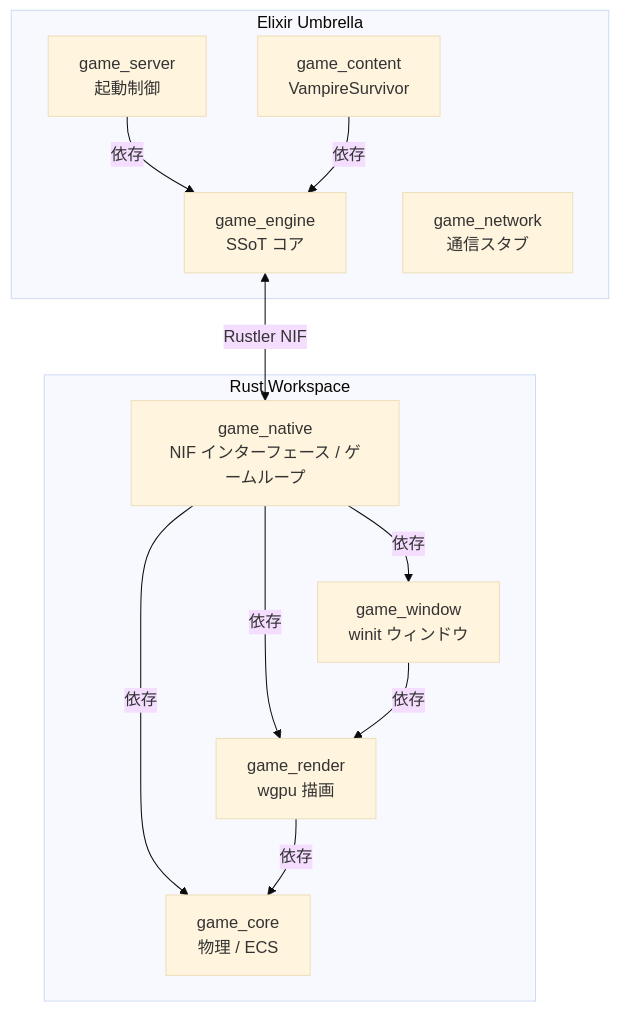
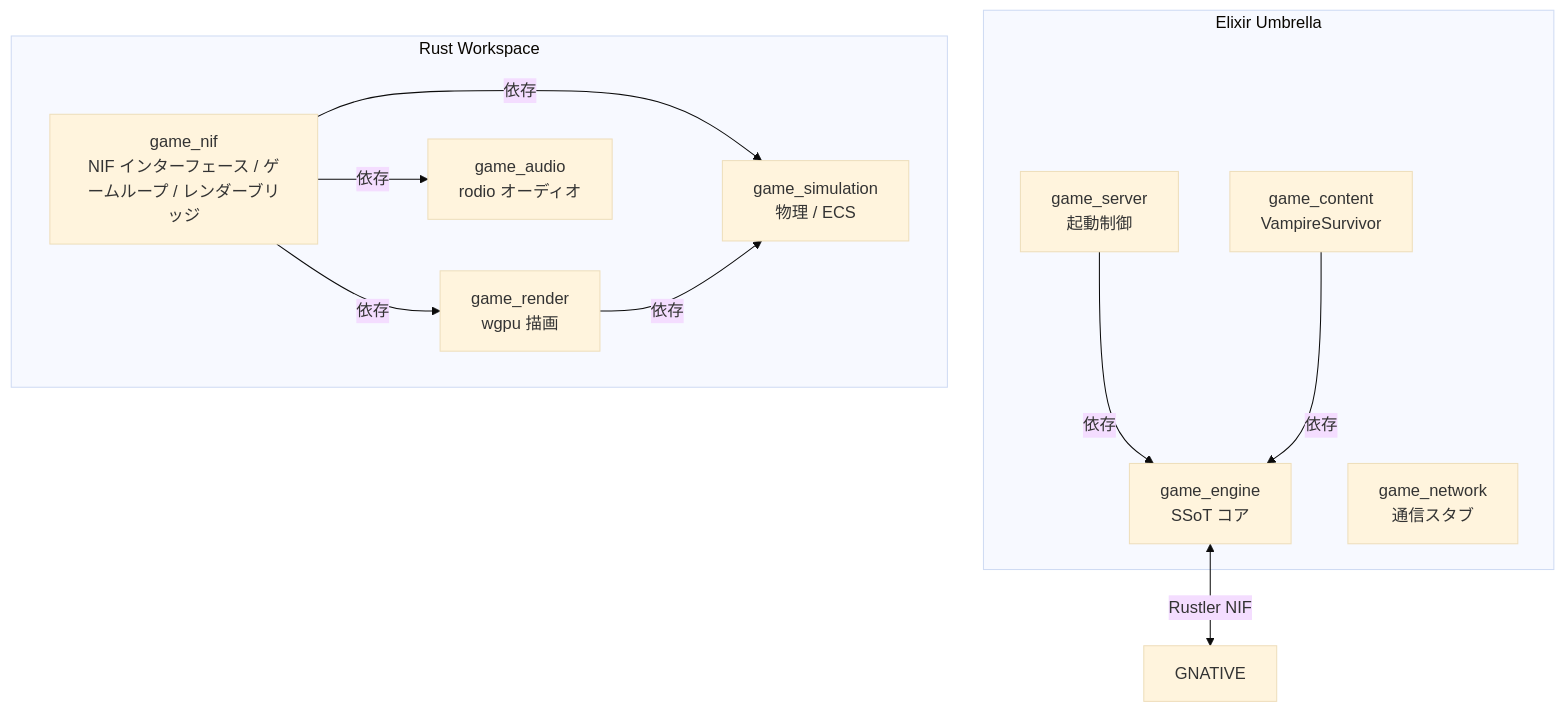
Before and after one commit to FRICK-ELDY/alchemy-engine: the first of 3 diagrams in docs/architecture-overview.md, drawn with Mermaid (base theme). The commit also changed other lines of this file and 3 other files, not shown here.

````diff
--- a/docs/architecture-overview.md
+++ b/docs/architecture-overview.md
@@ -14,25 +14,24 @@
 ```mermaid
 graph TB
     subgraph Elixir["Elixir Umbrella"]
         GS[game_server<br/>起動制御]
         GE[game_engine<br/>SSoT コア]
         GC[game_content<br/>VampireSurvivor]
         GN[game_network<br/>通信スタブ]
         GS -->|依存| GE
         GC -->|依存| GE
     end
 
     GE <-->|Rustler NIF| GNATIVE
 
     subgraph Rust["Rust Workspace"]
-        GNATIVE[game_native<br/>NIF インターフェース / ゲームループ]
-        GCORE[game_core<br/>物理 / ECS]
+        GNIF[game_nif<br/>NIF インターフェース / ゲームループ / レンダーブリッジ]
+        GSIM[game_simulation<br/>物理 / ECS]
         GRENDER[game_render<br/>wgpu 描画]
-        GWINDOW[game_window<br/>winit ウィンドウ]
-        GNATIVE -->|依存| GCORE
-        GNATIVE -->|依存| GRENDER
-        GNATIVE -->|依存| GWINDOW
-        GRENDER -->|依存| GCORE
-        GWINDOW -->|依存| GRENDER
+        GAUDIO[game_audio<br/>rodio オーディオ]
+        GNIF -->|依存| GSIM
+        GNIF -->|依存| GRENDER
+        GNIF -->|依存| GAUDIO
+        GRENDER -->|依存| GSIM
     end
 ```
````
